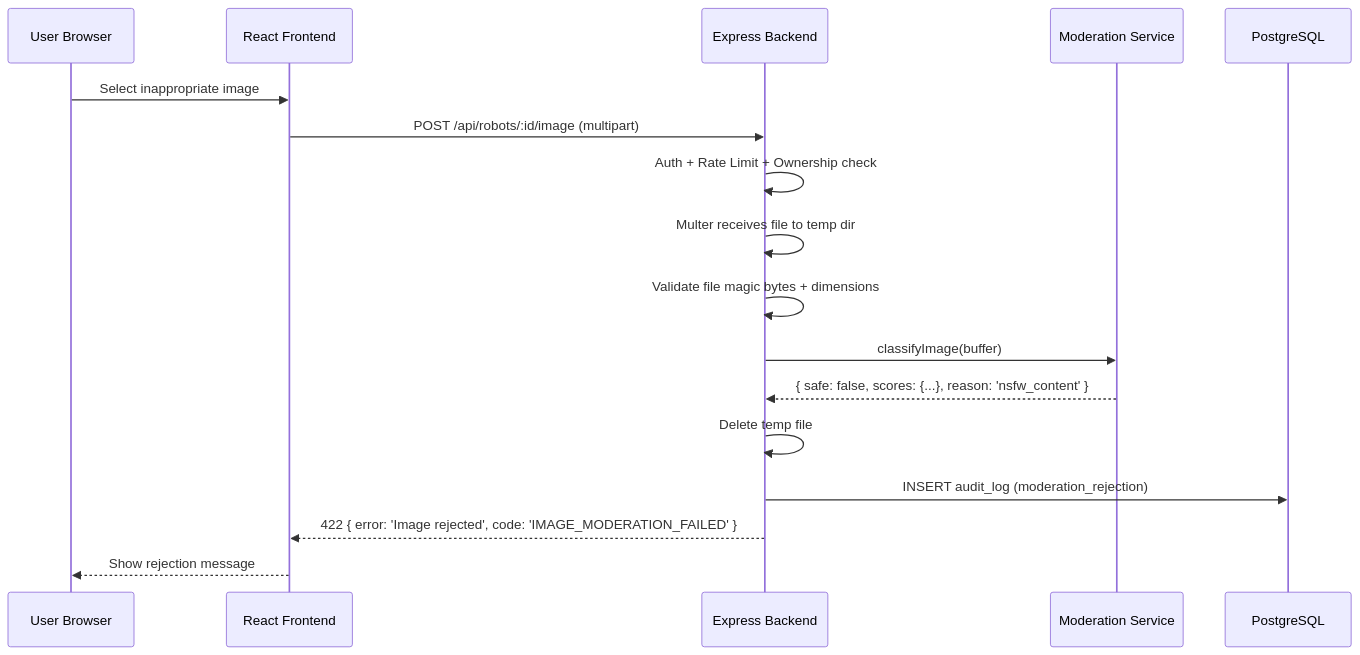
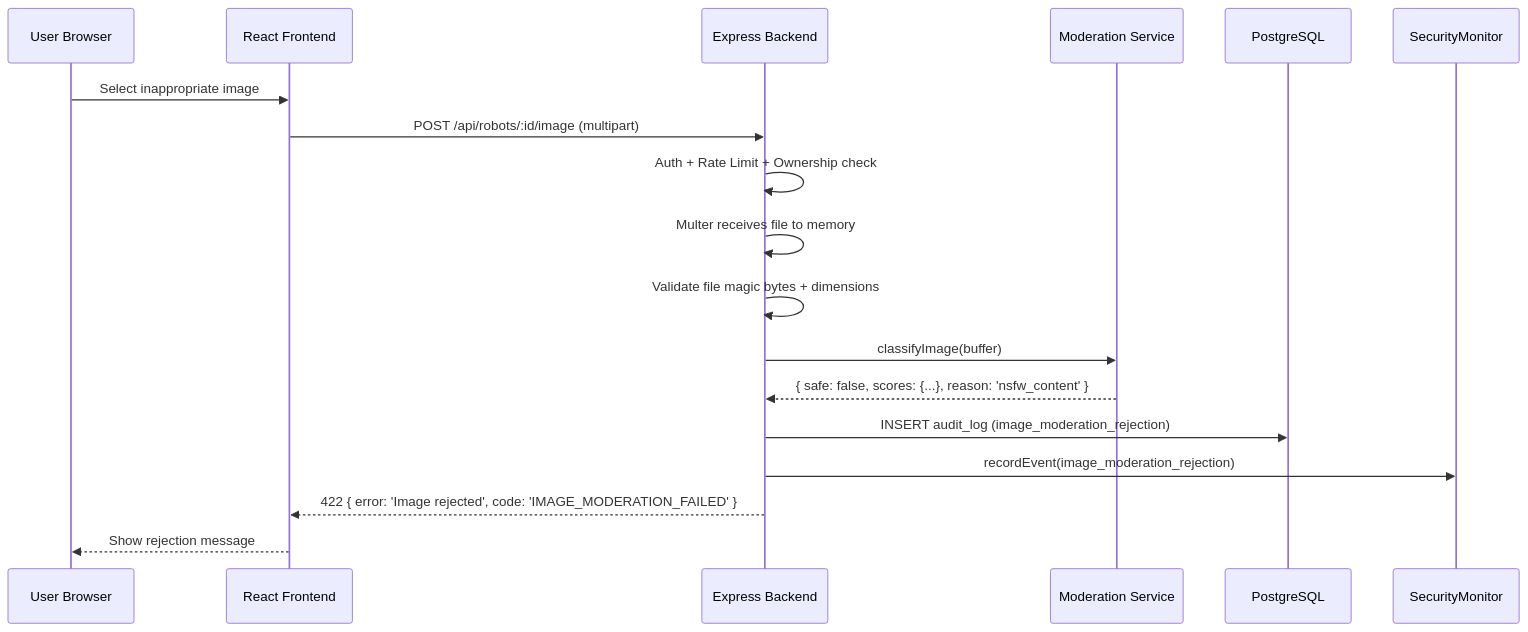
Before and after one commit to RobertTeunissen/ArmouredSouls: the third of 3 diagrams in .kiro/specs/to-do/20-robot-image-upload/design.md, drawn with Mermaid. The commit also changed other lines of this file and 3 other files, not shown here.

````diff
--- a/.kiro/specs/to-do/20-robot-image-upload/design.md
+++ b/.kiro/specs/to-do/20-robot-image-upload/design.md
@@ -72,20 +84,21 @@
 ```mermaid
 sequenceDiagram
     participant U as User Browser
     participant FE as React Frontend
     participant BE as Express Backend
     participant MOD as Moderation Service
     participant DB as PostgreSQL
+    participant SM as SecurityMonitor
 
     U->>FE: Select inappropriate image
     FE->>BE: POST /api/robots/:id/image (multipart)
     BE->>BE: Auth + Rate Limit + Ownership check
-    BE->>BE: Multer receives file to temp dir
+    BE->>BE: Multer receives file to memory
     BE->>BE: Validate file magic bytes + dimensions
     BE->>MOD: classifyImage(buffer)
     MOD-->>BE: { safe: false, scores: {...}, reason: 'nsfw_content' }
-    BE->>BE: Delete temp file
-    BE->>DB: INSERT audit_log (moderation_rejection)
+    BE->>DB: INSERT audit_log (image_moderation_rejection)
+    BE->>SM: recordEvent(image_moderation_rejection)
     BE-->>FE: 422 { error: 'Image rejected', code: 'IMAGE_MODERATION_FAILED' }
     FE-->>U: Show rejection message
 ```
````
